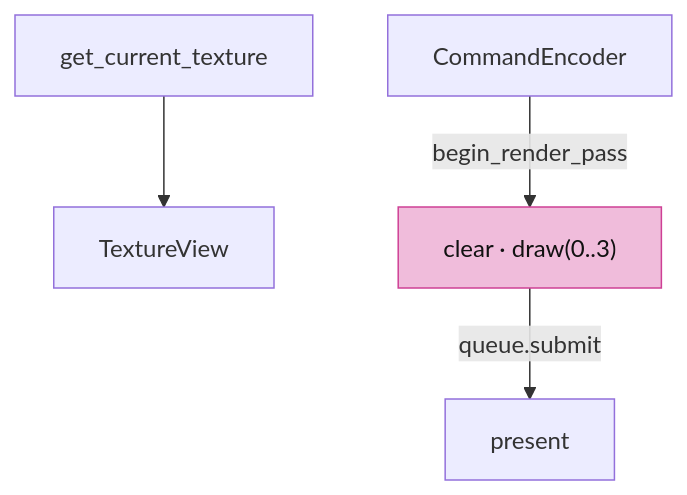
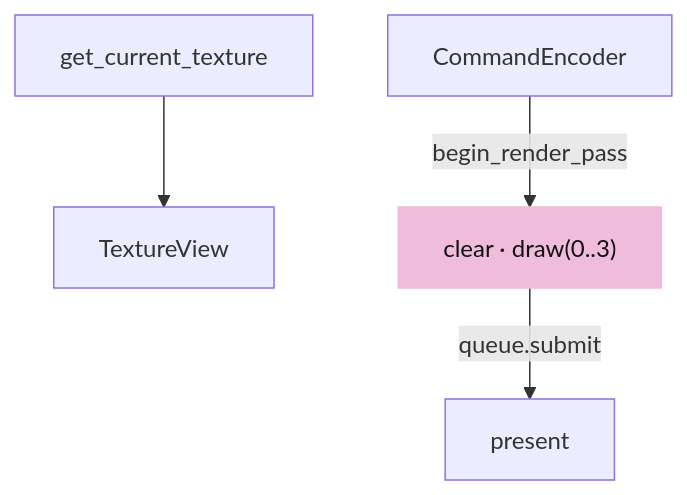
One commit to petrasvestartas/session changed the fifth of 7 diagrams in session_viewer/docs/01-first-frame.md. Above: the diagram before and after it, drawn with Mermaid. The commit also changed other lines of this file and 324 other files, not shown here.

````diff
--- a/session_viewer/docs/01-first-frame.md
+++ b/session_viewer/docs/01-first-frame.md
@@ -110,7 +118,7 @@
 ```mermaid
 flowchart TB
     S["get_current_texture"] --> V["TextureView"]
     E["CommandEncoder"] -- "begin_render_pass" --> P["clear · draw(0..3)"]
     P -- "queue.submit" --> Q["present"]
-    style P fill:#f0bcdb,stroke:#ce4095,color:#111
+    style P fill:#f0bcdb,stroke:#f0bcdb,color:#111
 ```
````
